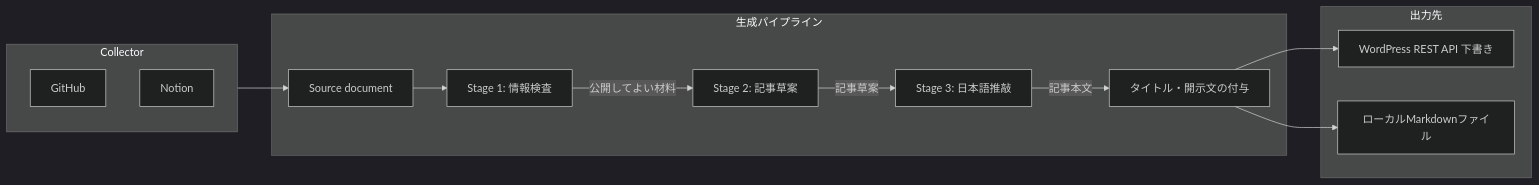
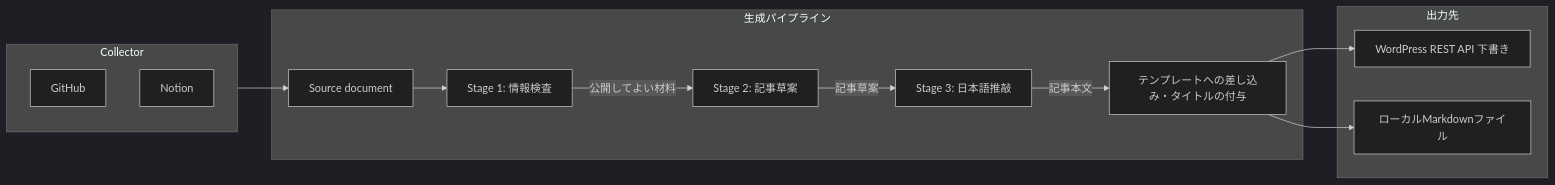
The diagram in docs/concept.md (sakashita44/activity-digest), drawn with Mermaid (dark theme) before and after one commit. The commit also changed other lines of this file and 2 other files, not shown here.

````diff
--- a/docs/concept.md
+++ b/docs/concept.md
@@ -33,28 +41,28 @@
 ```mermaid
 flowchart LR
     subgraph Collectors [Collector]
         C1[GitHub]
         C2[Notion]
     end
 
     subgraph Core [生成パイプライン]
         Docs[Source document]
         Stage1[Stage 1: 情報検査]
         Stage2[Stage 2: 記事草案]
         Stage3[Stage 3: 日本語推敲]
-        Assemble[タイトル・開示文の付与]
+        Assemble[テンプレートへの差し込み・タイトルの付与]
     end
 
     subgraph Destination [出力先]
         WP[WordPress REST API 下書き]
         File[ローカルMarkdownファイル]
     end
 
     Collectors --> Docs
     Docs --> Stage1
     Stage1 -->|公開してよい材料| Stage2
     Stage2 -->|記事草案| Stage3
     Stage3 -->|記事本文| Assemble
     Assemble --> WP
     Assemble --> File
 ```
````
